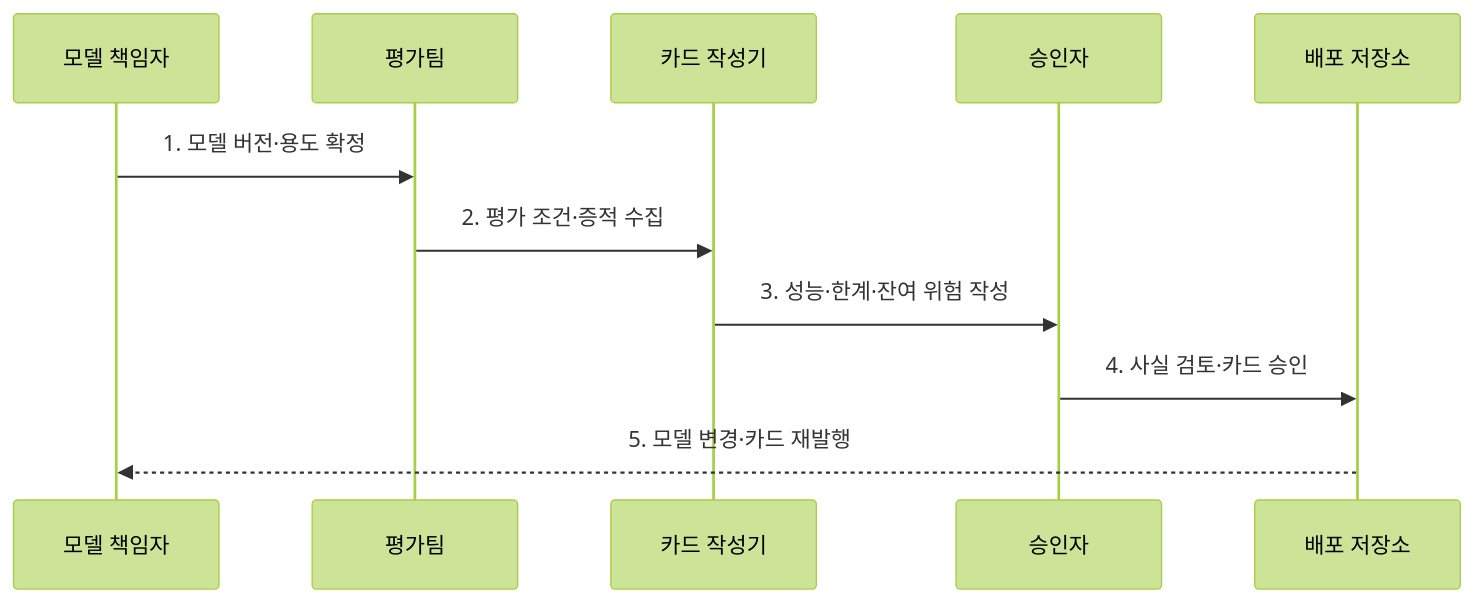
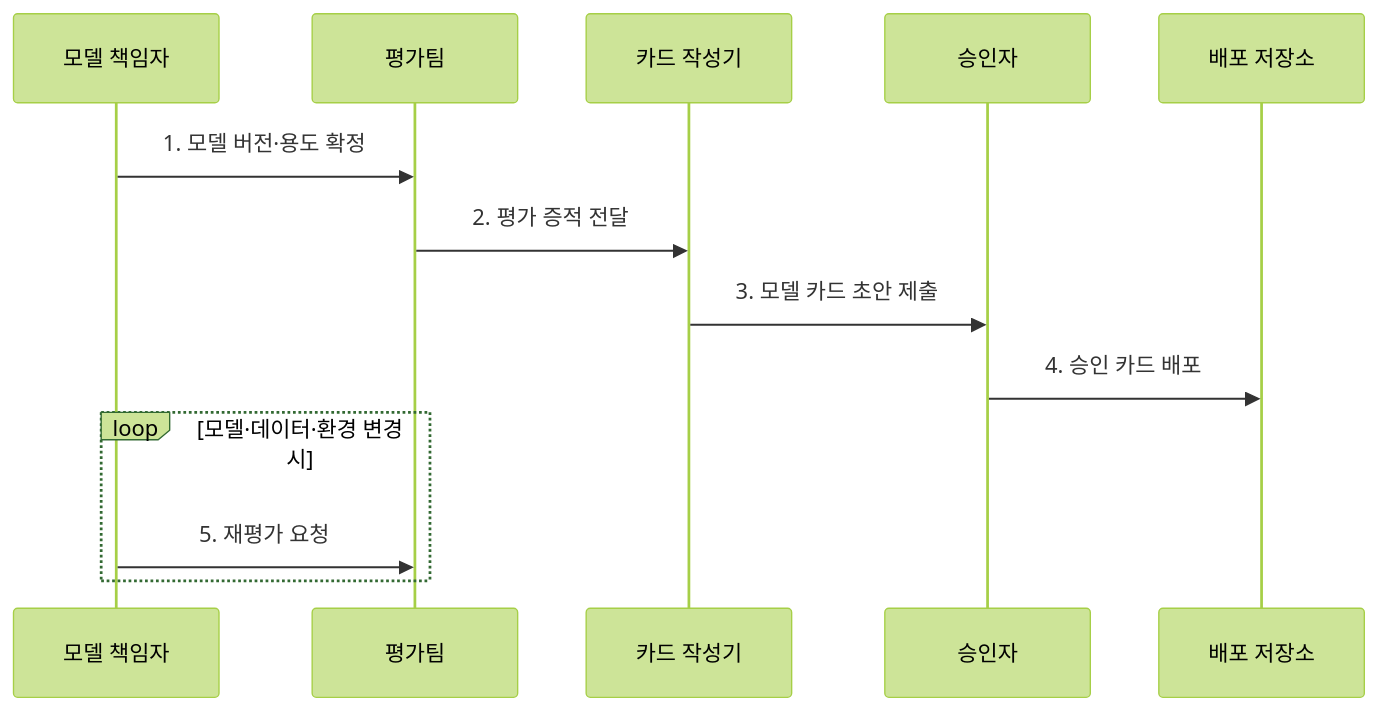
The second of 2 diagrams in src/content/docs/notes/08-latest-tech/107_model_card.md (agnusdei1207/knowledge-base), drawn with Mermaid (forest theme) before and after one commit. The commit also changed other lines of this file and 225 other files, not shown here.

````diff
--- a/src/content/docs/notes/08-latest-tech/107_model_card.md
+++ b/src/content/docs/notes/08-latest-tech/107_model_card.md
@@ -75,13 +75,15 @@
 ```mermaid
 sequenceDiagram
     participant O as 모델 책임자
     participant E as 평가팀
     participant C as 카드 작성기
     participant A as 승인자
     participant R as 배포 저장소
     O->>E: 1. 모델 버전·용도 확정
-    E->>C: 2. 평가 조건·증적 수집
-    C->>A: 3. 성능·한계·잔여 위험 작성
-    A->>R: 4. 사실 검토·카드 승인
-    R-->>O: 5. 모델 변경·카드 재발행
+    E->>C: 2. 평가 증적 전달
+    C->>A: 3. 모델 카드 초안 제출
+    A->>R: 4. 승인 카드 배포
+    loop 모델·데이터·환경 변경 시
+        O->>E: 5. 재평가 요청
+    end
 ```
````
